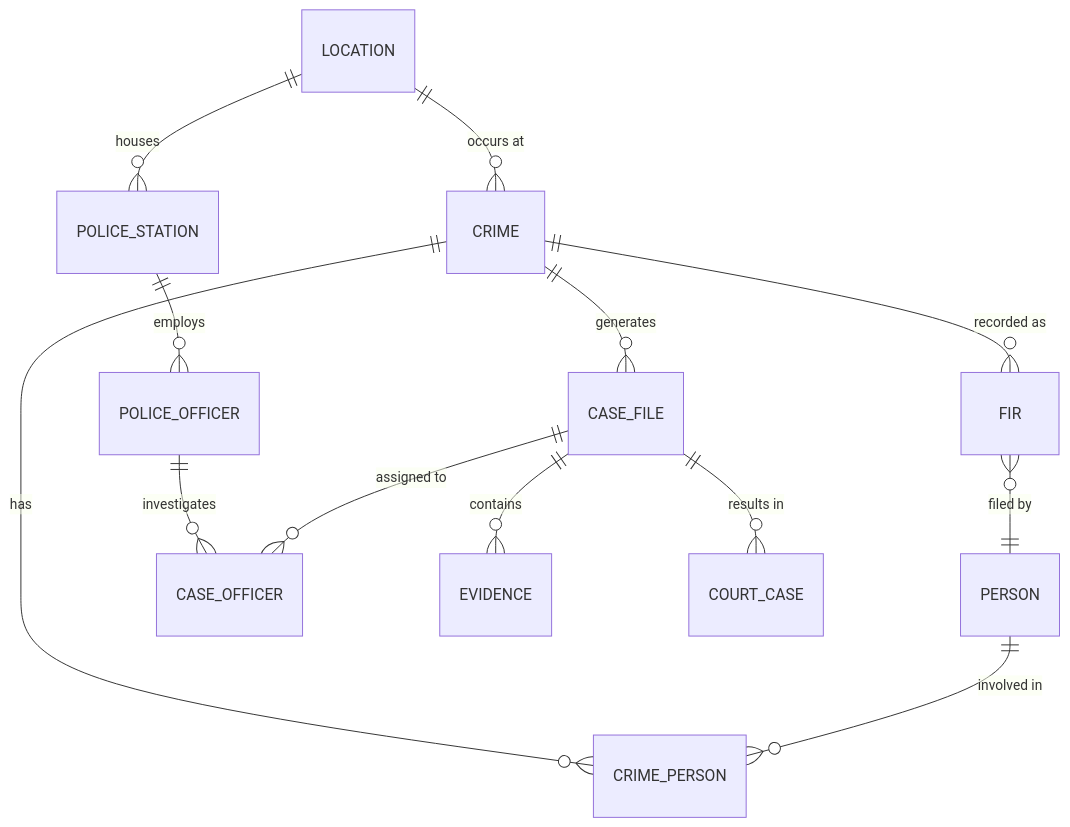
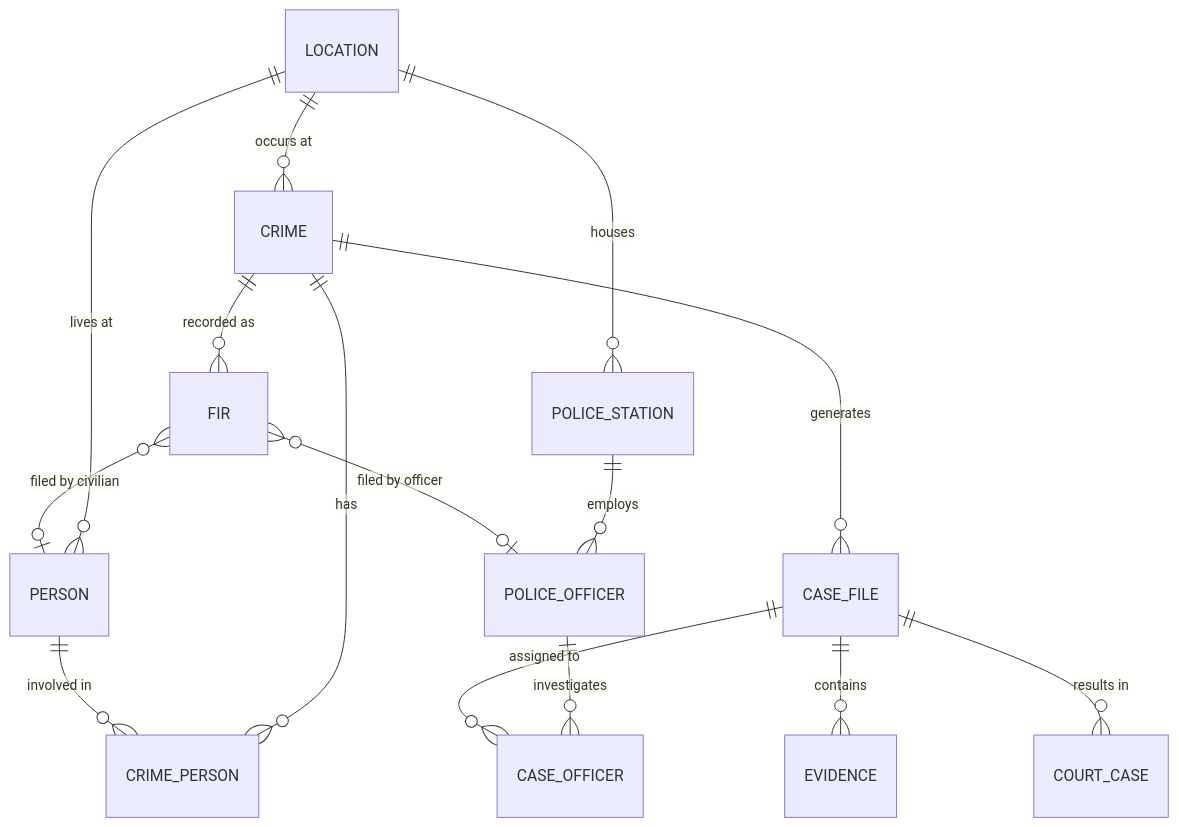
Before and after one commit to nwopes/dbms-proj: the second of 2 diagrams in README.md, drawn with Mermaid. The commit also changed other lines of this file and 10 other files, not shown here.

Commit message:
feat: refactor schema and add temporal validation triggers

````diff
--- a/README.md
+++ b/README.md
@@ -95,15 +95,17 @@
 ```mermaid
 erDiagram
     PERSON ||--o{ CRIME_PERSON : "involved in"
     CRIME ||--o{ CRIME_PERSON : "has"
     CRIME ||--o{ CASE_FILE : "generates"
     CRIME ||--o{ FIR : "recorded as"
-    FIR }o--|| PERSON : "filed by"
+    FIR }o--o| PERSON : "filed by civilian"
+    FIR }o--o| POLICE_OFFICER : "filed by officer"
+    LOCATION ||--o{ PERSON : "lives at"
     LOCATION ||--o{ CRIME : "occurs at"
     LOCATION ||--o{ POLICE_STATION : "houses"
     POLICE_STATION ||--o{ POLICE_OFFICER : "employs"
     CASE_FILE ||--o{ CASE_OFFICER : "assigned to"
     POLICE_OFFICER ||--o{ CASE_OFFICER : "investigates"
     CASE_FILE ||--o{ EVIDENCE : "contains"
     CASE_FILE ||--o{ COURT_CASE : "results in"
 ```
````
